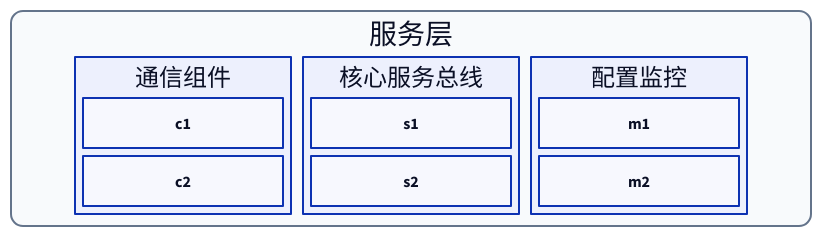
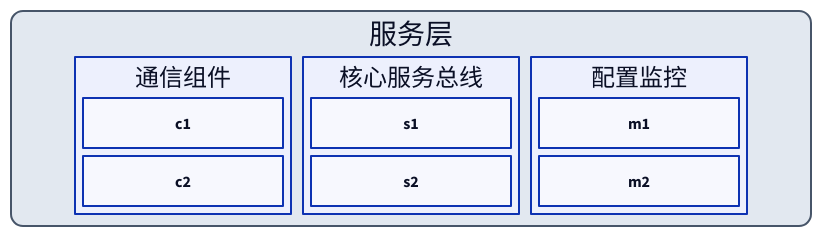
Before and after one commit to syllr/skills: the sixth of 9 diagrams in skills/c4-container-diagram/SKILL.md, drawn with D2. The commit also changed other lines of this file, not shown here.

````diff
--- a/skills/c4-container-diagram/SKILL.md
+++ b/skills/c4-container-diagram/SKILL.md
@@ -566,19 +566,19 @@
 ```d2
 服务层: {
   width: 800; grid-columns: 3; grid-gap: 12   # ← 先分 3 个分区
-  style.fill: "#f8fafc"; style.stroke: "#64748b"; style.border-radius: 12
+  style.fill: "#e2e8f0"; style.stroke: "#475569"; style.border-radius: 12
 
   通信组件: { grid-columns: 1; grid-gap: 8   # 分区 1：内部嵌套
     c1: { width: 200; height: 50; class: module }
     c2: { width: 200; height: 50; class: module }
   }
   核心服务总线: { grid-columns: 1; grid-gap: 8  # 分区 2
     s1: { width: 200; height: 50; class: module }
     s2: { width: 200; height: 50; class: module }
   }
   配置监控: { grid-columns: 1; grid-gap: 8      # 分区 3
     m1: { width: 200; height: 50; class: module }
     m2: { width: 200; height: 50; class: module }
   }
 }
 ```
````
